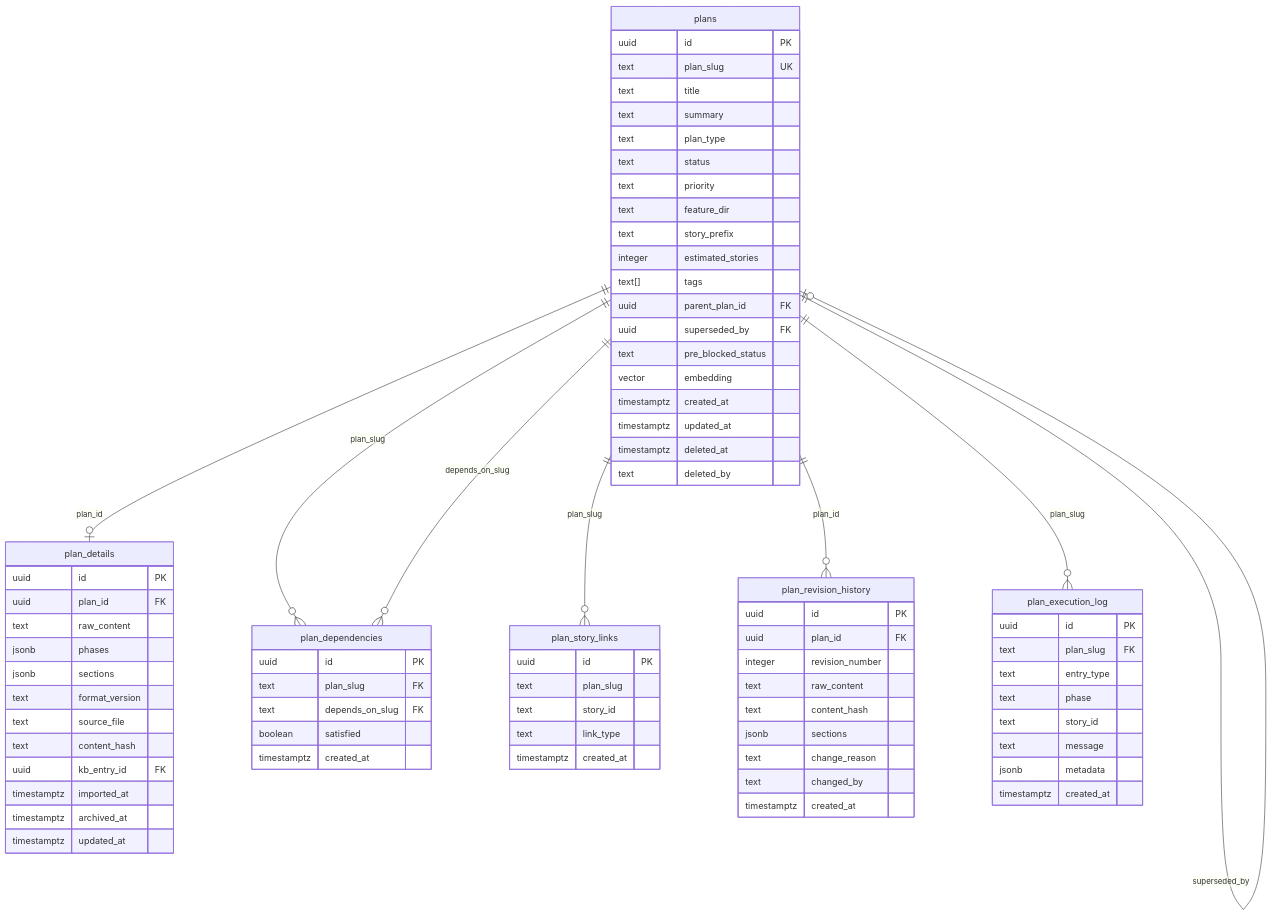
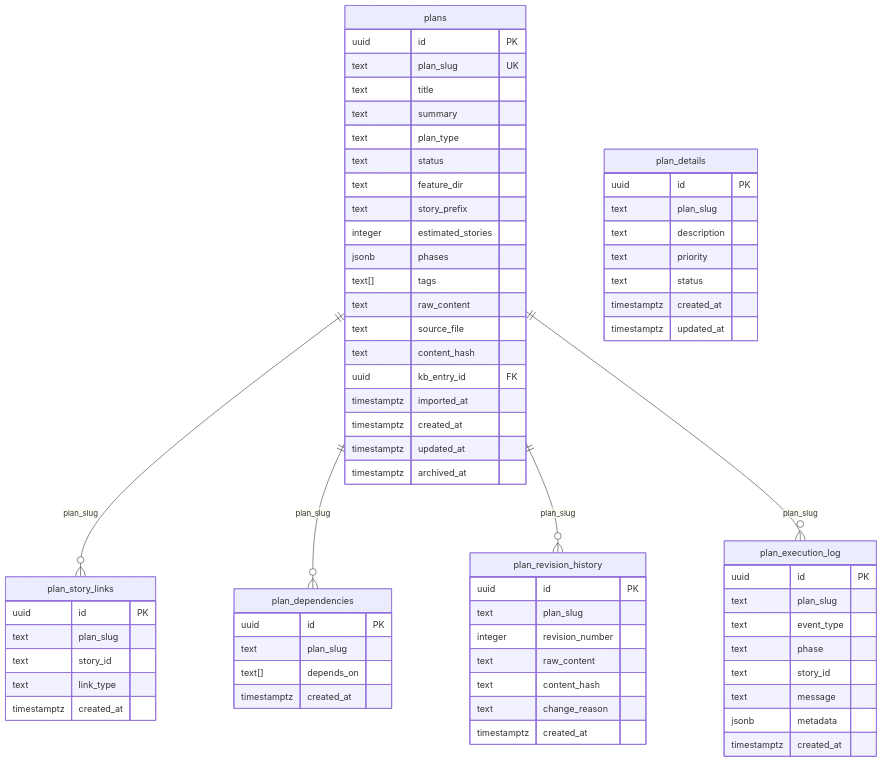
The second of 9 diagrams in knowledgebase-erd.md (michael-menard/monorepo), drawn with Mermaid before and after one commit. The commit also changed other lines of this file and 51 other files, not shown here.

````diff
--- a/knowledgebase-erd.md
+++ b/knowledgebase-erd.md
@@ -246,13 +64,9 @@
 ```mermaid
 erDiagram
-    plans ||--o| plan_details : "plan_id"
+    plans ||--o{ plan_story_links : "plan_slug"
     plans ||--o{ plan_dependencies : "plan_slug"
-    plans ||--o{ plan_dependencies : "depends_on_slug"
-    plans ||--o{ plan_story_links : "plan_slug"
-    plans ||--o{ plan_revision_history : "plan_id"
+    plans ||--o{ plan_revision_history : "plan_slug"
     plans ||--o{ plan_execution_log : "plan_slug"
-    plans ||--o| plans : "parent_plan_id"
-    plans ||--o| plans : "superseded_by"
 
     plans {
         uuid id PK
@@ -261,42 +75,19 @@
         text summary
         text plan_type
         text status
-        text priority
         text feature_dir
         text story_prefix
         integer estimated_stories
+        jsonb phases
         text[] tags
-        uuid parent_plan_id FK
-        uuid superseded_by FK
-        text pre_blocked_status
-        vector embedding
-        timestamptz created_at
-        timestamptz updated_at
-        timestamptz deleted_at
-        text deleted_by
-    }
-
-    plan_details {
-        uuid id PK
-        uuid plan_id FK
         text raw_content
-        jsonb phases
-        jsonb sections
-        text format_version
         text source_file
         text content_hash
         uuid kb_entry_id FK
         timestamptz imported_at
+        timestamptz created_at
+        timestamptz updated_at
         timestamptz archived_at
-        timestamptz updated_at
-    }
-
-    plan_dependencies {
-        uuid id PK
-        text plan_slug FK
-        text depends_on_slug FK
-        boolean satisfied
-        timestamptz created_at
     }
 
     plan_story_links {
@@ -307,26 +98,41 @@
         timestamptz created_at
     }
 
+    plan_dependencies {
+        uuid id PK
+        text plan_slug
+        text[] depends_on
+        timestamptz created_at
+    }
+
     plan_revision_history {
         uuid id PK
-        uuid plan_id FK
+        text plan_slug
         integer revision_number
         text raw_content
         text content_hash
-        jsonb sections
         text change_reason
-        text changed_by
         timestamptz created_at
     }
 
     plan_execution_log {
         uuid id PK
-        text plan_slug FK
-        text entry_type
+        text plan_slug
+        text event_type
         text phase
         text story_id
         text message
         jsonb metadata
         timestamptz created_at
     }
+
+    plan_details {
+        uuid id PK
+        text plan_slug
+        text description
+        text priority
+        text status
+        timestamptz created_at
+        timestamptz updated_at
+    }
 ```
````
